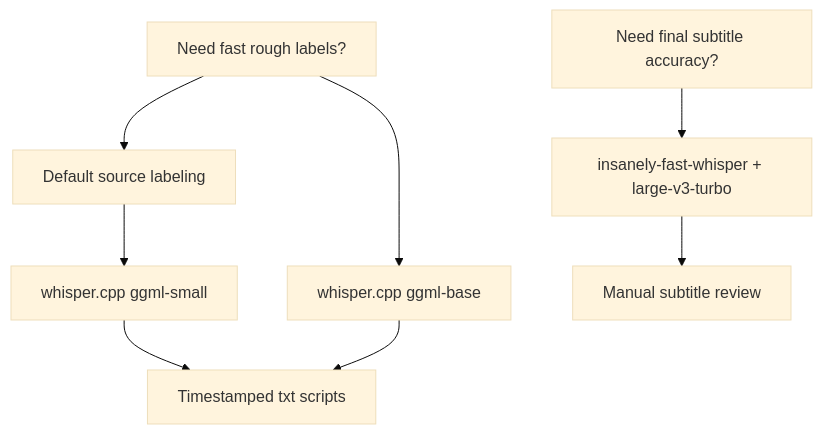
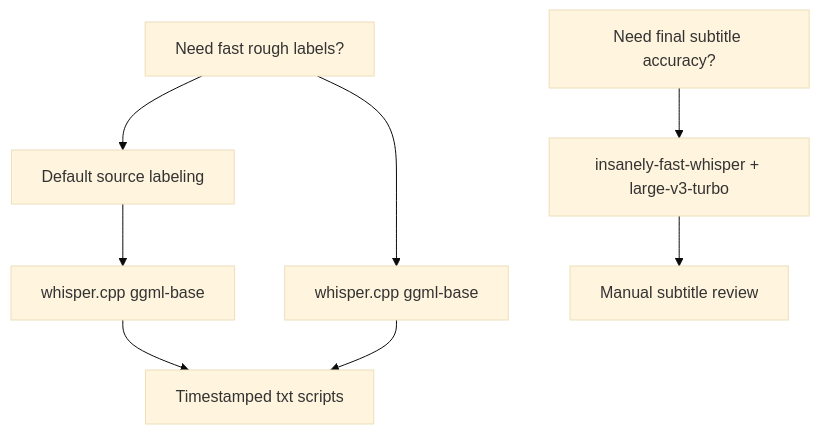
One commit to stariver1119/FootageScribe changed the third of 5 diagrams in README.md. Above: the diagram before and after it, drawn with Mermaid (base theme). The commit also changed other lines of this file and 4 other files, not shown here.

Commit message:
feat: default to base whisper model

````diff
--- a/README.md
+++ b/README.md
@@ -107,10 +107,10 @@
 ```mermaid
 flowchart TD
     A["Need fast rough labels?"] --> B["whisper.cpp ggml-base"]
     A --> C["Default source labeling"]
-    C --> D["whisper.cpp ggml-small"]
+    C --> D["whisper.cpp ggml-base"]
     D --> E["Timestamped txt scripts"]
     B --> E
     F["Need final subtitle accuracy?"] --> G["insanely-fast-whisper + large-v3-turbo"]
     G --> H["Manual subtitle review"]
 ```
````
